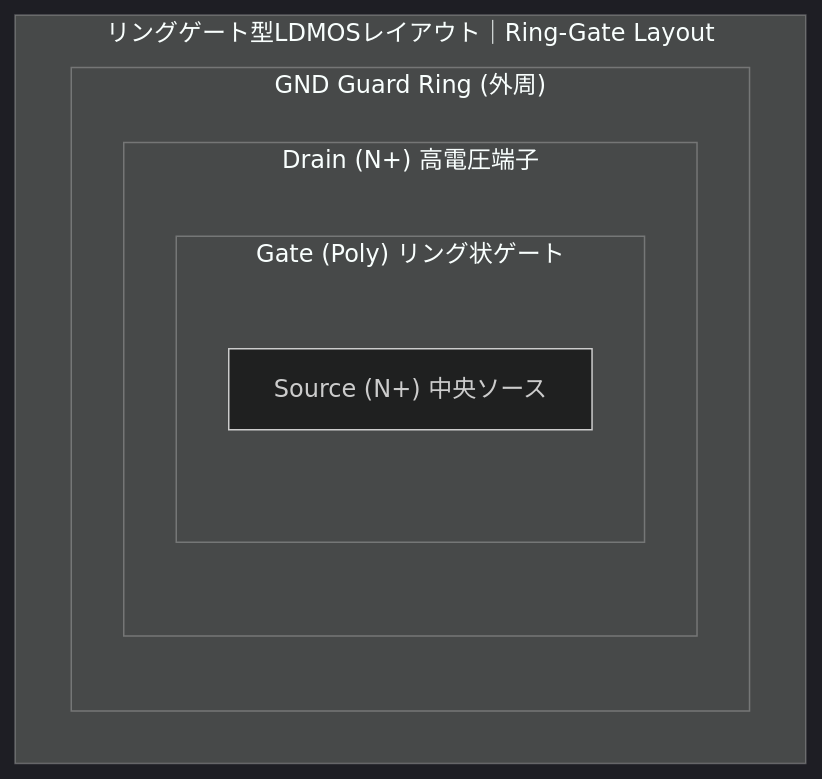
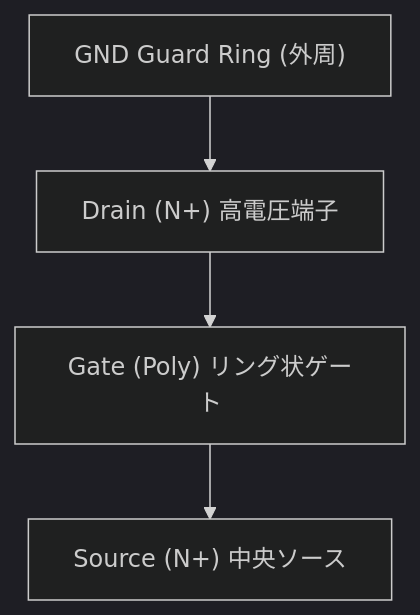
The second of 2 diagrams in d_chapter2_high_voltage_devices/ldmos.md (Samizo-AITL/Edusemi-v4x), drawn with Mermaid (dark theme) before and after one commit. The commit also changed other lines of this file, not shown here.

````diff
--- a/d_chapter2_high_voltage_devices/ldmos.md
+++ b/d_chapter2_high_voltage_devices/ldmos.md
@@ -43,12 +45,9 @@
 ```mermaid
 flowchart TB
-    subgraph RingGate ["リングゲート型LDMOSレイアウト｜Ring-Gate Layout"]
-        subgraph GND["GND Guard Ring (外周)"]
-            subgraph Drain["Drain (N+) 高電圧端子"]
-                subgraph Gate["Gate (Poly) リング状ゲート"]
-                    Source["Source (N+) 中央ソース"]
-                end
-            end
-        end
-    end
+    GND["GND Guard Ring (外周)"]
+    Drain["Drain (N+) 高電圧端子"]
+    Gate["Gate (Poly) リング状ゲート"]
+    Source["Source (N+) 中央ソース"]
+
+    GND --> Drain --> Gate --> Source
 ```
````
